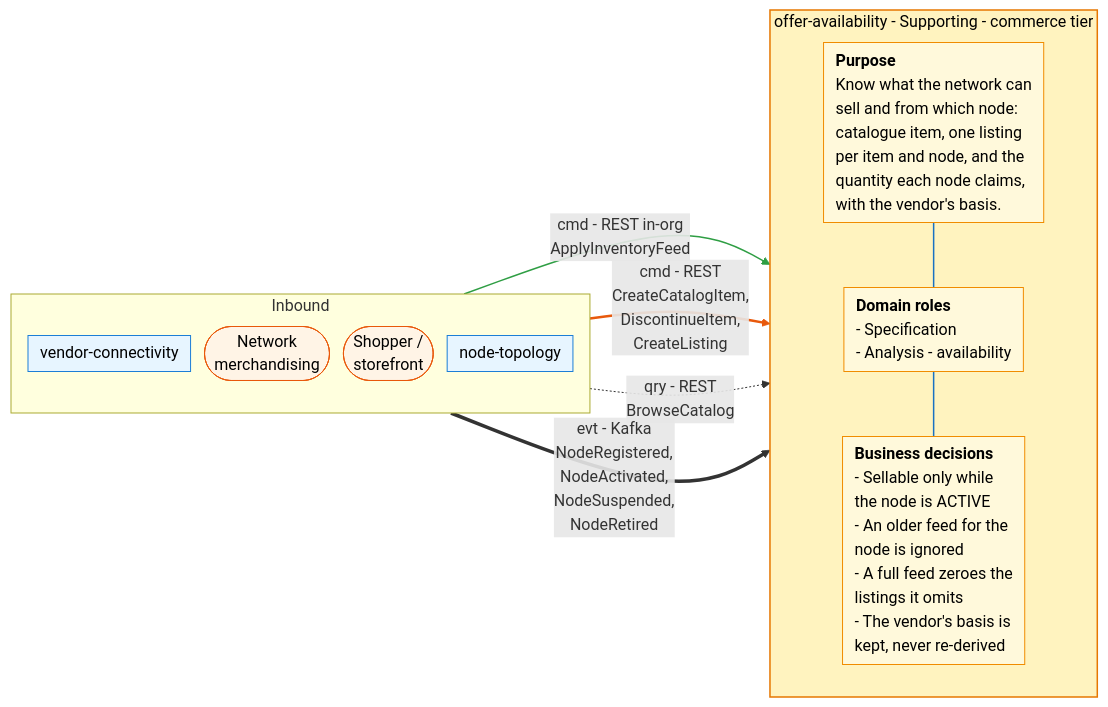
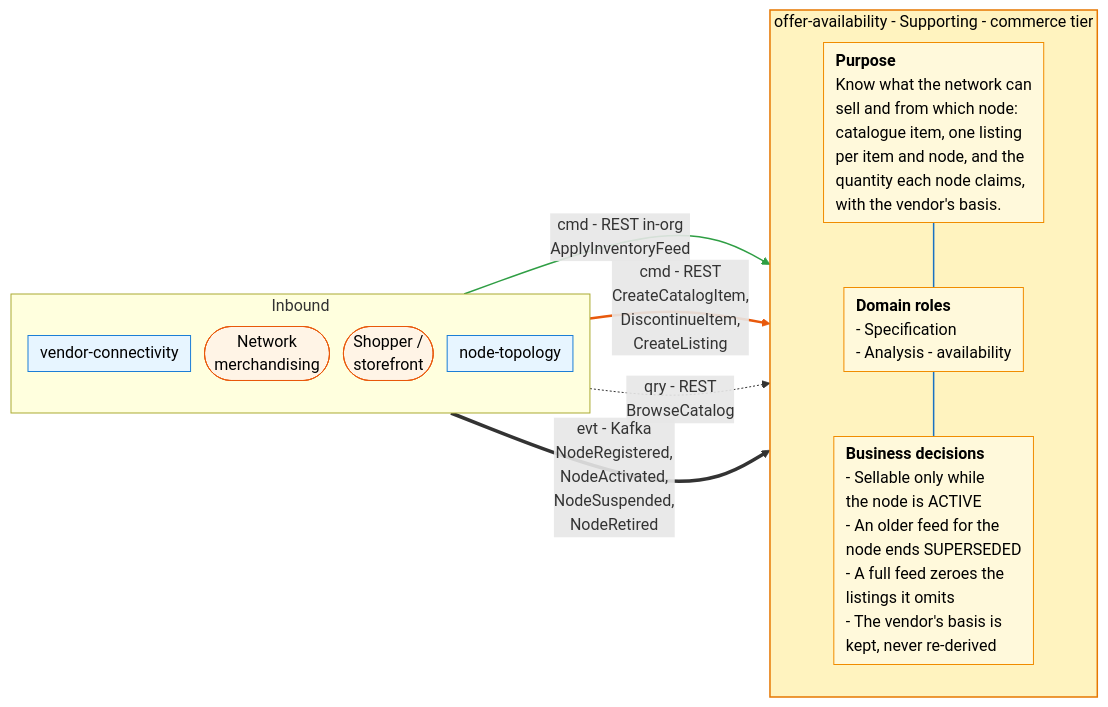
Before and after one commit to IQVO/warehouse-docs: the first of 2 diagrams in network/docs/contexts/offer-availability/bounded-context-canvas.md, drawn with Mermaid. The commit also changed other lines of this file and 10 other files, not shown here.

Commit message:
docs(network): offer-availability pack and model follow the repo (SUPERSEDED/resent feeds, discontinue suppresses listings, slugs)

````diff
--- a/network/docs/contexts/offer-availability/bounded-context-canvas.md
+++ b/network/docs/contexts/offer-availability/bounded-context-canvas.md
@@ -32,34 +32,34 @@
 ```mermaid
 %%{init: {"flowchart": {"nodeSpacing": 14, "rankSpacing": 40, "padding": 6}}}%%
 flowchart LR
     classDef bc fill:#fff3bf,stroke:#e67700,stroke-width:1.5px,color:#000
     classDef card fill:#fff9db,stroke:#f08c00,color:#000,text-align:left
     classDef ctx fill:#e7f5ff,stroke:#1c7ed6,color:#000
     classDef actor fill:#fff4e6,stroke:#e8590c,color:#000
     classDef ext fill:#ffe3e3,stroke:#c92a2a,color:#000
     classDef self fill:#f1f3f5,stroke:#868e96,color:#000
     classDef none fill:#f8f9fa,stroke:#adb5bd,stroke-dasharray:5 5,color:#495057
     subgraph IN["Inbound"]
         direction TB
         in0["vendor-connectivity"]:::ctx
         in1(["Network<br/>merchandising"]):::actor
         in2(["Shopper /<br/>storefront"]):::actor
         in3["node-topology"]:::ctx
     end
     subgraph BC["offer-availability - Supporting - commerce tier"]
         direction TB
         purpose["<b>Purpose</b><br/>Know what the network can<br/>sell and from which node:<br/>catalogue item, one listing<br/>per item and node, and the<br/>quantity each node claims,<br/>with the vendor's basis."]:::card
         roles["<b>Domain roles</b><br/>- Specification<br/>- Analysis - availability"]:::card
-        rules["<b>Business decisions</b><br/>- Sellable only while<br/>the node is ACTIVE<br/>- An older feed for the<br/>node is ignored<br/>- A full feed zeroes the<br/>listings it omits<br/>- The vendor's basis is<br/>kept, never re-derived"]:::card
+        rules["<b>Business decisions</b><br/>- Sellable only while<br/>the node is ACTIVE<br/>- An older feed for the<br/>node ends SUPERSEDED<br/>- A full feed zeroes the<br/>listings it omits<br/>- The vendor's basis is<br/>kept, never re-derived"]:::card
         purpose ~~~ roles ~~~ rules
     end
     in0 -->|"cmd - REST in-org<br/>ApplyInventoryFeed"| BC
     in1 -->|"cmd - REST<br/>CreateCatalogItem,<br/>DiscontinueItem,<br/>CreateListing"| BC
     in2 -.->|"qry - REST<br/>BrowseCatalog"| BC
     in3 ==>|"evt - Kafka<br/>NodeRegistered,<br/>NodeActivated,<br/>NodeSuspended,<br/>NodeRetired"| BC
     linkStyle 0 stroke:#1971c2,stroke-width:1.5px
     linkStyle 1 stroke:#1971c2,stroke-width:1.5px
     linkStyle 2 stroke:#2f9e44,stroke-width:1.5px
     linkStyle 3 stroke:#e8590c,stroke-width:2.5px
     class BC bc
 ```
````
